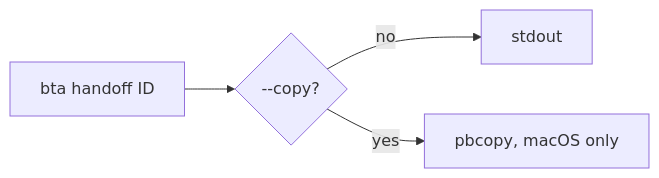
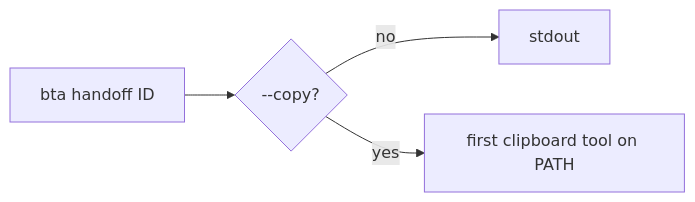
Before and after one commit to obakeng-develops/better-agent: the diagram in lode/handoff/summary.md, drawn with Mermaid. The commit also changed 6 other files, not shown here.

````diff
--- a/lode/handoff/summary.md
+++ b/lode/handoff/summary.md
@@ -29,6 +29,6 @@
 ```mermaid
 flowchart LR
   H[bta handoff ID] --> D{--copy?}
   D -- no --> O[stdout]
-  D -- yes --> C[pbcopy, macOS only]
+  D -- yes --> C[first clipboard tool on PATH]
 ```
````
